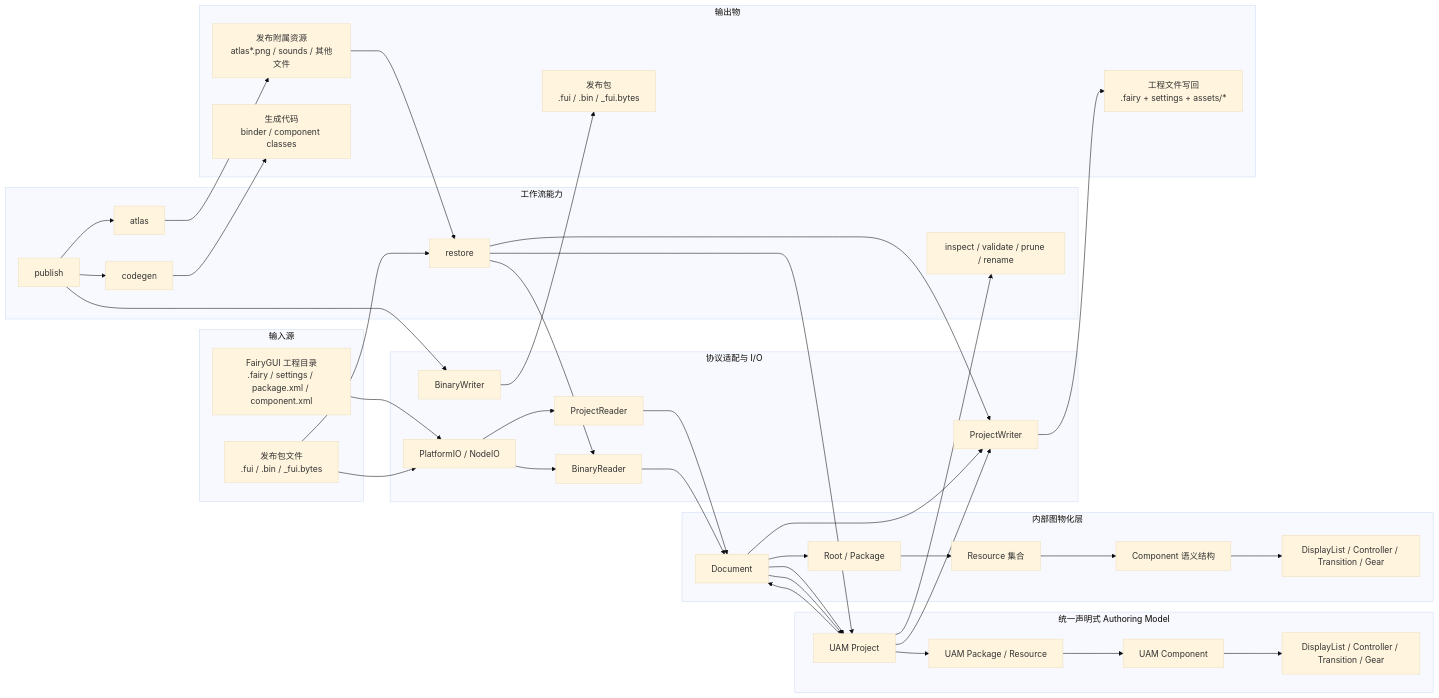
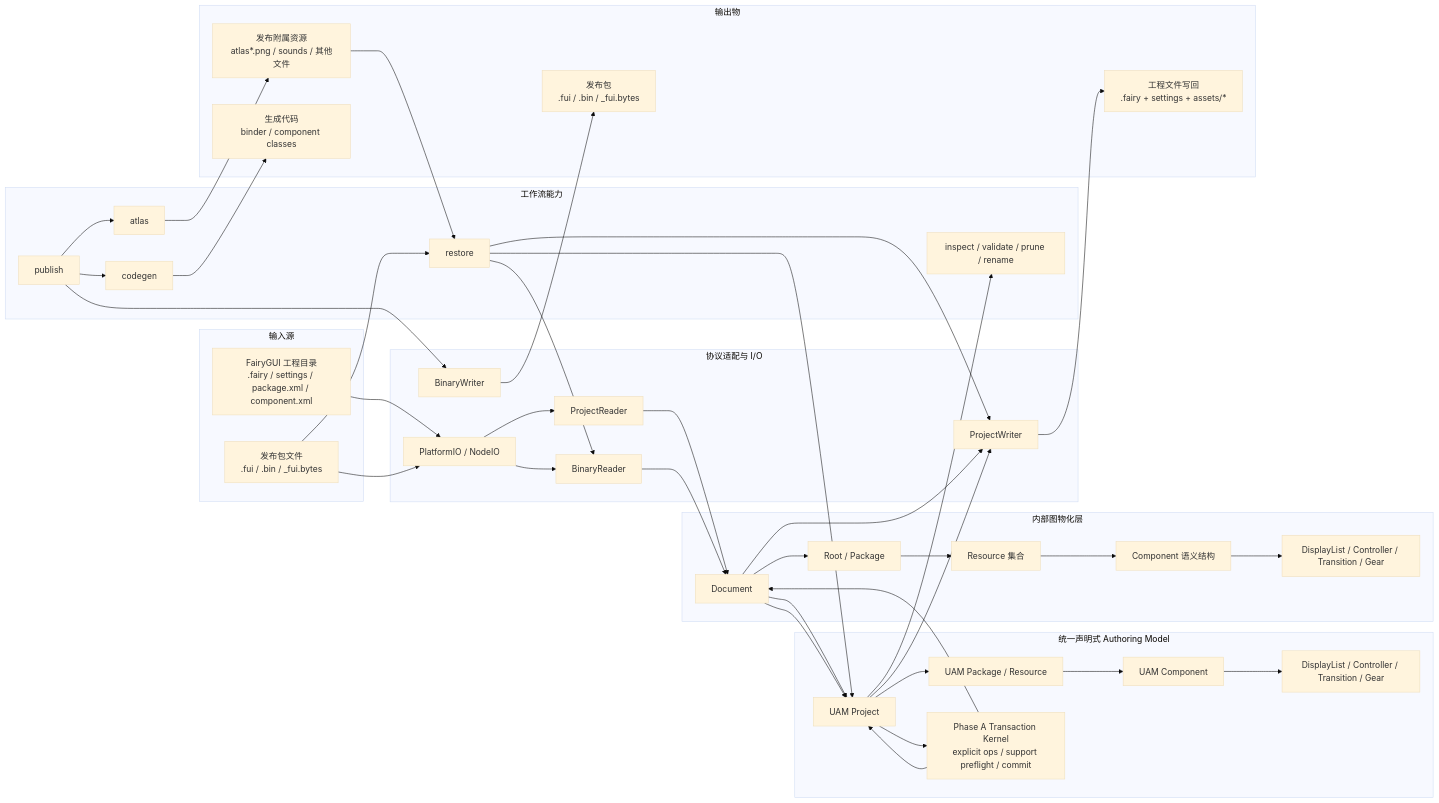
Before and after one commit to OpenFairyGUI/OpenFairyGUI: the first of 2 diagrams in docs/architecture-overview.md, drawn with Mermaid (base theme). The commit also changed other lines of this file and 4 other files, not shown here.

````diff
--- a/docs/architecture-overview.md
+++ b/docs/architecture-overview.md
@@ -8,68 +9,70 @@
 ```mermaid
 flowchart LR
     subgraph IN["输入源"]
         PROJ["FairyGUI 工程目录<br/>.fairy / settings / package.xml / component.xml"]
         PACK["发布包文件<br/>.fui / .bin / _fui.bytes"]
     end
 
     subgraph IO["协议适配与 I/O"]
         FS["PlatformIO / NodeIO"]
         PR["ProjectReader"]
         BR["BinaryReader"]
         PW["ProjectWriter"]
         BW["BinaryWriter"]
     end
 
     subgraph UAM["统一声明式 Authoring Model"]
         UPROJECT["UAM Project"]
         UPKG["UAM Package / Resource"]
         UCOMP["UAM Component"]
         UBEHAVIOR["DisplayList / Controller / Transition / Gear"]
+        UTX["Phase A Transaction Kernel<br/>explicit ops / support preflight / commit"]
     end
 
     subgraph GRAPH["内部图物化层"]
         DOC["Document"]
         ROOT["Root / Package"]
         RES["Resource 集合"]
         COMP["Component 语义结构"]
         UI["DisplayList / Controller / Transition / Gear"]
     end
 
     subgraph WF["工作流能力"]
         OPS["inspect / validate / prune / rename"]
         PUB["publish"]
         RST["restore"]
         ATLAS["atlas"]
         CG["codegen"]
     end
 
     subgraph OUT["输出物"]
         PROJOUT["工程文件写回<br/>.fairy + settings + assets/*"]
         BIN["发布包<br/>.fui / .bin / _fui.bytes"]
         ART["发布附属资源<br/>atlas*.png / sounds / 其他文件"]
         CODEOUT["生成代码<br/>binder / component classes"]
     end
 
     PROJ --> FS --> PR --> DOC --> UPROJECT
     PACK --> FS --> BR --> DOC --> UPROJECT
     PACK --> RST
     ART --> RST
     RST --> UPROJECT
 
     UPROJECT --> UPKG --> UCOMP --> UBEHAVIOR
-    UPROJECT --> DOC
+    UPROJECT --> UTX --> DOC
+    UTX --> UPROJECT
     DOC --> ROOT --> RES --> COMP --> UI
     UPROJECT --> OPS
     PUB --> ATLAS
     PUB --> BW
     PUB --> CG
     RST --> BR
     RST --> PW
 
     UPROJECT --> PW
     DOC --> PW
     PW --> PROJOUT
     BW --> BIN
     ATLAS --> ART
     CG --> CODEOUT
 ```
````
